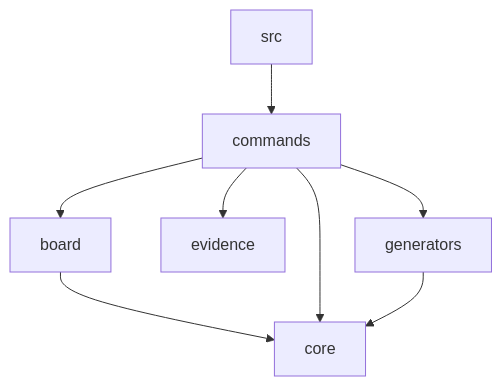
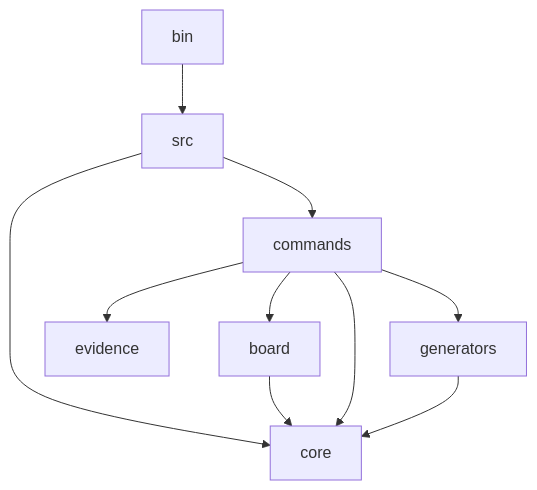
The diagram in mpga-plugin/cli/MPGA/GRAPH.md (benrben/MPGA), drawn with Mermaid before and after one commit. The commit also changed other lines of this file and 16 other files, not shown here.

````diff
--- a/mpga-plugin/cli/MPGA/GRAPH.md
+++ b/mpga-plugin/cli/MPGA/GRAPH.md
@@ -29,10 +23,12 @@
 ```mermaid
 graph TD
+    bin --> src
+    src --> core
     src --> commands
     board --> core
     commands --> core
     commands --> board
     commands --> evidence
     commands --> generators
     generators --> core
 ```
````
